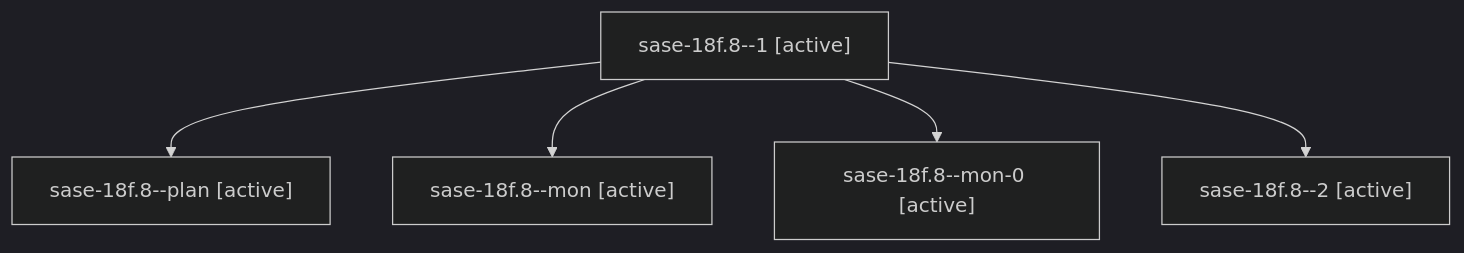
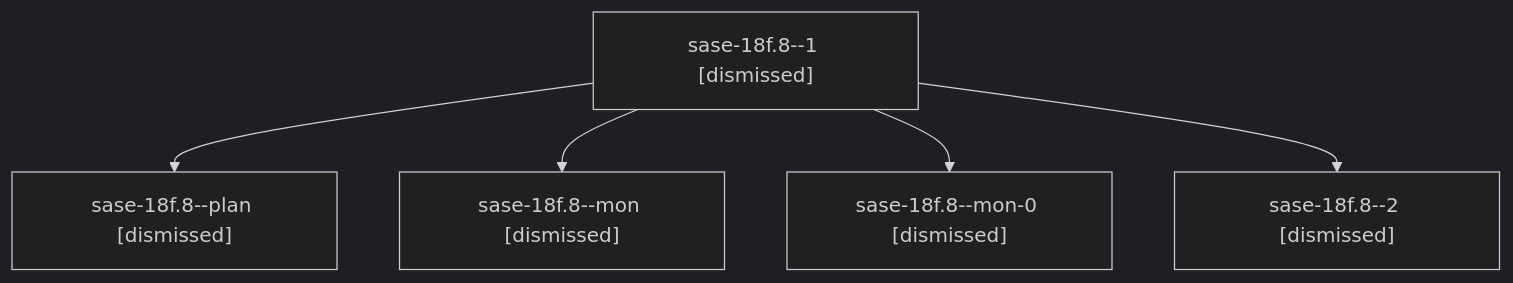
Before and after one commit to sase-org/sase--agents: the diagram in sessions/bbugyi200.athena.sase-18f.8.md, drawn with Mermaid (dark theme). The commit also changed other lines of this file and 99 other files, not shown here.

````diff
--- a/sessions/bbugyi200.athena.sase-18f.8.md
+++ b/sessions/bbugyi200.athena.sase-18f.8.md
@@ -9,12 +9,12 @@
 ```mermaid
 flowchart TD
-  n0["sase-18f.8--1 [active]"]
-  n1["sase-18f.8--plan [active]"]
+  n0["sase-18f.8--1 [dismissed]"]
+  n1["sase-18f.8--plan [dismissed]"]
   n0 --> n1
-  n2["sase-18f.8--mon [active]"]
+  n2["sase-18f.8--mon [dismissed]"]
   n0 --> n2
-  n3["sase-18f.8--mon-0 [active]"]
+  n3["sase-18f.8--mon-0 [dismissed]"]
   n0 --> n3
-  n4["sase-18f.8--2 [active]"]
+  n4["sase-18f.8--2 [dismissed]"]
   n0 --> n4
 ```
````
